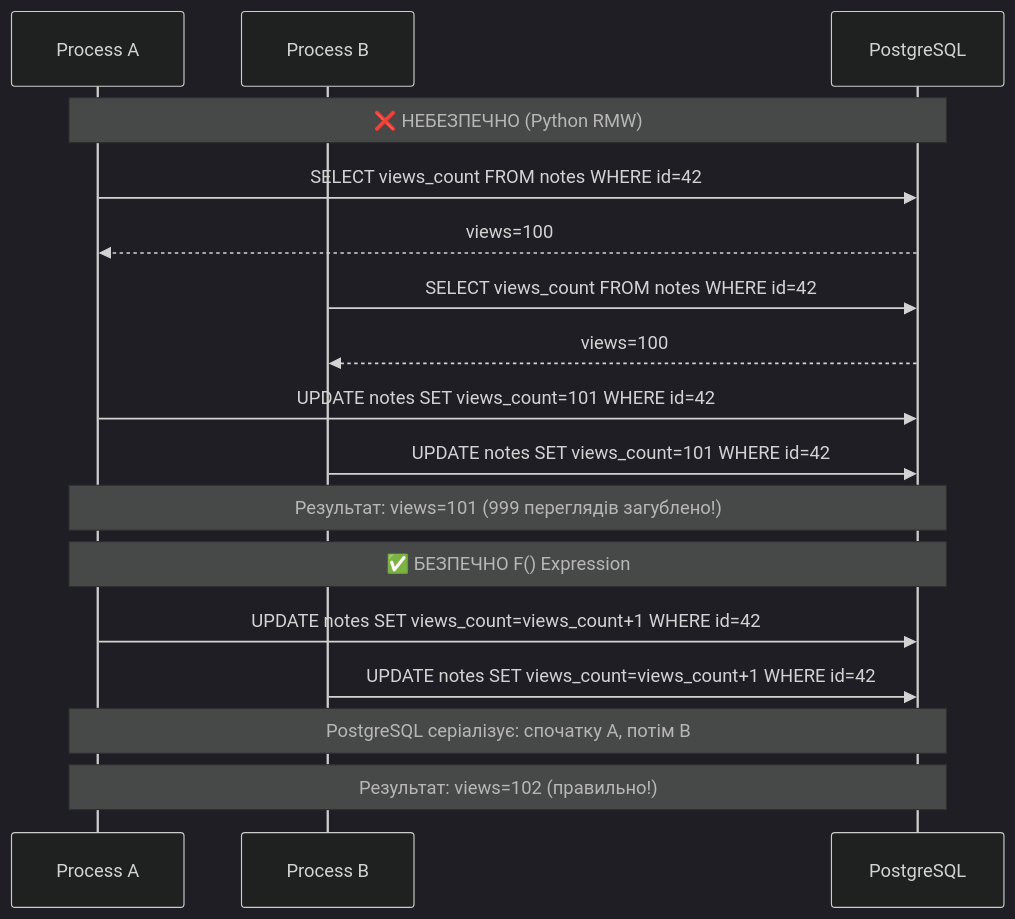
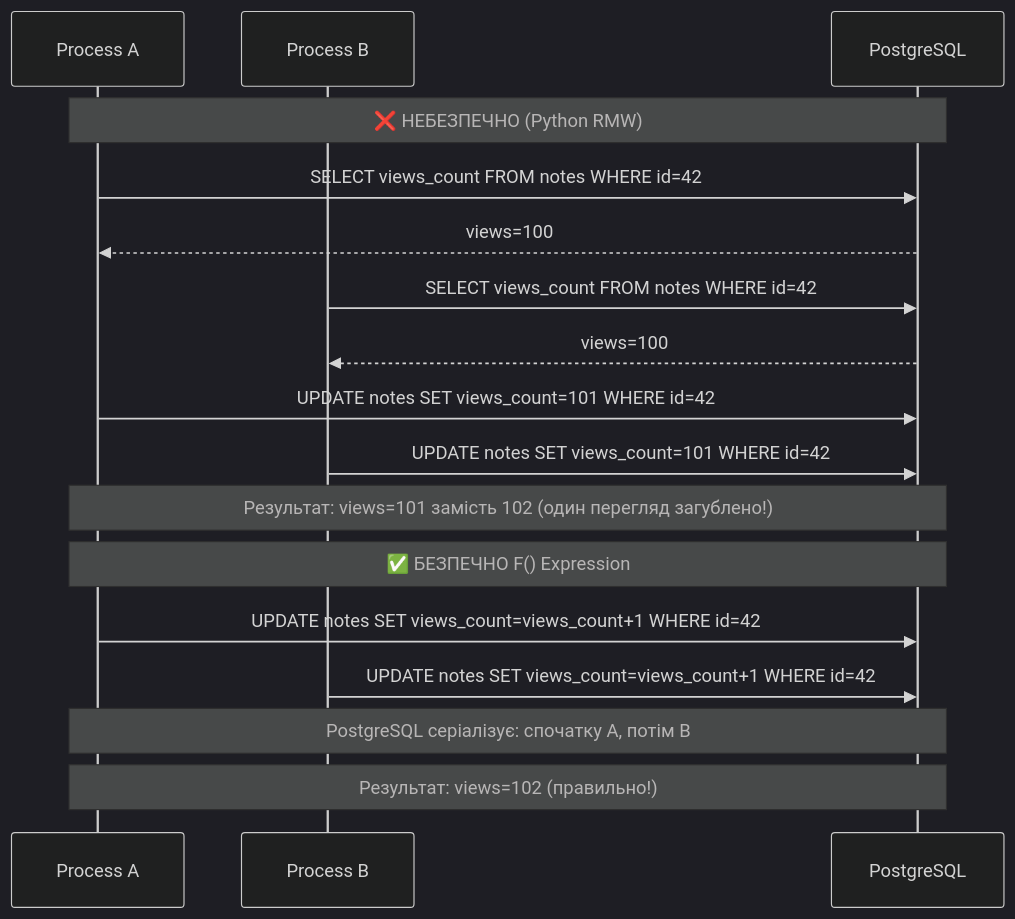
One commit to NikoriakViktot/notes_chat_app changed diagram 20 of 20 in docs/03_database_and_orm/orm_mermaid_full.md. Above: the diagram before and after it, drawn with Mermaid (dark theme). The commit also changed other lines of this file and 441 other files, not shown here.

First line of the commit message:
Add English version of the book, Mermaid standard, docs fixes

````diff
--- a/docs/03_database_and_orm/orm_mermaid_full.md
+++ b/docs/03_database_and_orm/orm_mermaid_full.md
@@ -653,21 +734,21 @@
 ```mermaid
 sequenceDiagram
     participant A as Process A
     participant B as Process B
     participant PG as PostgreSQL
 
     Note over A,PG: ❌ НЕБЕЗПЕЧНО (Python RMW)
     A->>PG: SELECT views_count FROM notes WHERE id=42
     PG-->>A: views=100
     B->>PG: SELECT views_count FROM notes WHERE id=42
     PG-->>B: views=100
     A->>PG: UPDATE notes SET views_count=101 WHERE id=42
     B->>PG: UPDATE notes SET views_count=101 WHERE id=42
-    Note over A,PG: Результат: views=101 (999 переглядів загублено!)
+    Note over A,PG: Результат: views=101 замість 102 (один перегляд загублено!)
 
     Note over A,PG: ✅ БЕЗПЕЧНО F() Expression
     A->>PG: UPDATE notes SET views_count=views_count+1 WHERE id=42
     B->>PG: UPDATE notes SET views_count=views_count+1 WHERE id=42
     Note over A,PG: PostgreSQL серіалізує: спочатку A, потім B
     Note over A,PG: Результат: views=102 (правильно!)
 ```
````
